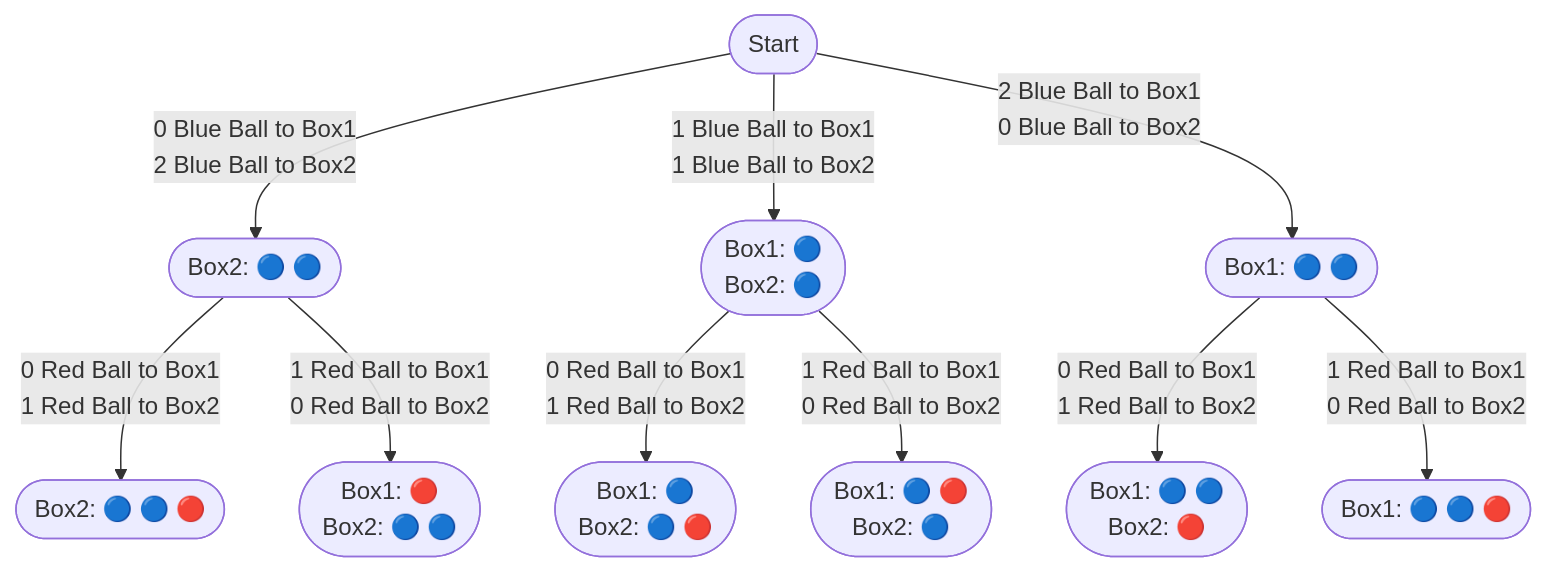
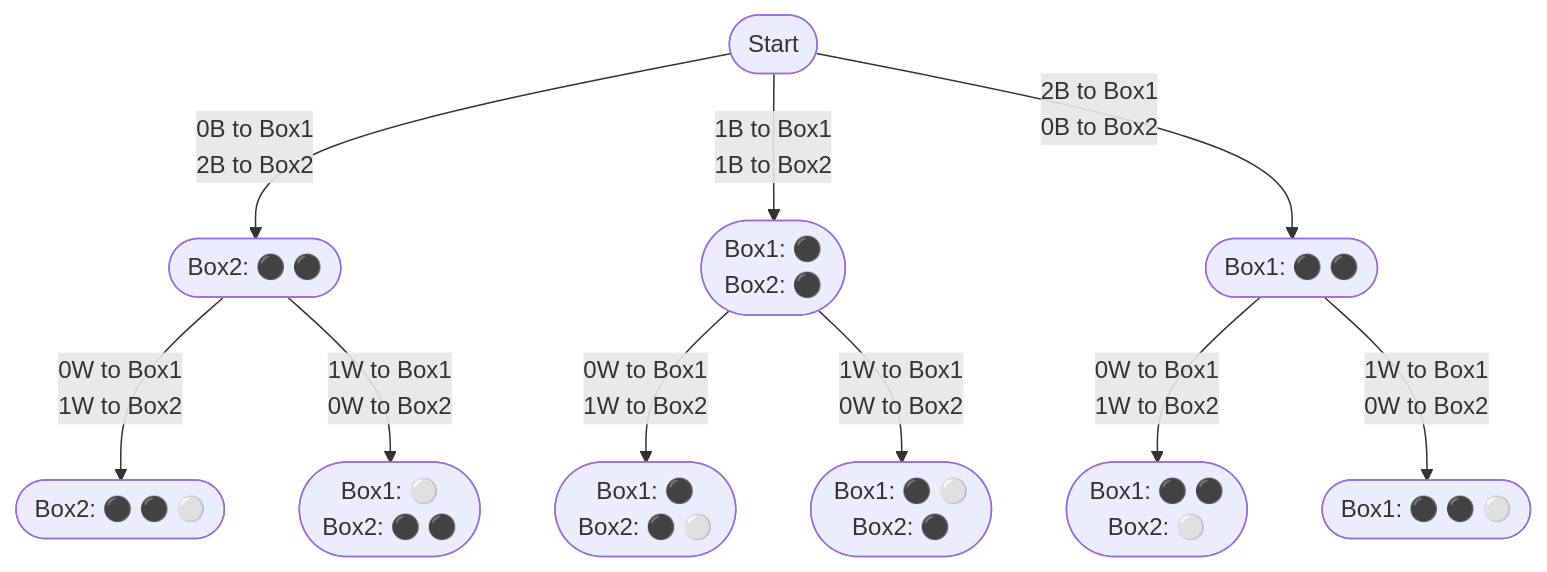
One commit to vchoudhari45/codingcargo-2.0 changed the diagram in docs/leetcode/1467-probability-of-a-two-boxes-having-the-same-number-of-distinct-balls.mdx. Above: the diagram before and after it, drawn with Mermaid. The commit also changed other lines of this file and 7 other files, not shown here.

````diff
--- a/docs/leetcode/1467-probability-of-a-two-boxes-having-the-same-number-of-distinct-balls.mdx
+++ b/docs/leetcode/1467-probability-of-a-two-boxes-having-the-same-number-of-distinct-balls.mdx
@@ -16,15 +22,15 @@
 ```mermaid
 graph TD
-    A([Start]) --> |0 Blue Ball to Box1 <br /> 2 Blue Ball to Box2| B([Box2: 🔵 🔵])
-    A --> |1 Blue Ball to Box1 <br /> 1 Blue Ball to Box2| C([Box1: 🔵 <br /> Box2: 🔵])
-    A --> |2 Blue Ball to Box1 <br /> 0 Blue Ball to Box2| D([Box1: 🔵 🔵])
+    A([Start]) --> |0B to Box1 <br />  2B to Box2| B([Box2: ⚫ ⚫])
+    A --> |1B to Box1 <br />  1B to Box2| C([Box1: ⚫ <br /> Box2: ⚫])
+    A --> |2B to Box1 <br />  0B to Box2| D([Box1: ⚫ ⚫])
 
-    B --> |0 Red Ball to Box1 <br /> 1 Red Ball to Box2| E([Box2: 🔵 🔵 🔴])
-    B --> |1 Red Ball to Box1 <br /> 0 Red Ball to Box2| F([Box1: 🔴 <br /> Box2: 🔵 🔵])
+    B --> |0W to Box1 <br /> 1W to Box2| E([Box2: ⚫ ⚫ ⚪])
+    B --> |1W to Box1 <br /> 0W to Box2| F([Box1: ⚪ <br /> Box2: ⚫ ⚫])
     
-    C --> |0 Red Ball to Box1 <br /> 1 Red Ball to Box2| G([Box1: 🔵 <br /> Box2: 🔵 🔴])
-    C --> |1 Red Ball to Box1 <br /> 0 Red Ball to Box2| H([Box1: 🔵 🔴 <br /> Box2: 🔵])
+    C --> |0W to Box1 <br /> 1W to Box2| G([Box1: ⚫ <br /> Box2: ⚫ ⚪])
+    C --> |1W to Box1 <br /> 0W to Box2| H([Box1: ⚫ ⚪ <br /> Box2: ⚫])
 
-    D --> |0 Red Ball to Box1 <br /> 1 Red Ball to Box2| I([Box1: 🔵 🔵 <br /> Box2: 🔴])
-    D --> |1 Red Ball to Box1 <br /> 0 Red Ball to Box2| J([Box1: 🔵 🔵 🔴])
+    D --> |0W to Box1 <br /> 1W to Box2| I([Box1: ⚫ ⚫ <br /> Box2: ⚪])
+    D --> |1W to Box1 <br /> 0W to Box2| J([Box1: ⚫ ⚫ ⚪])
 ``` 
````
